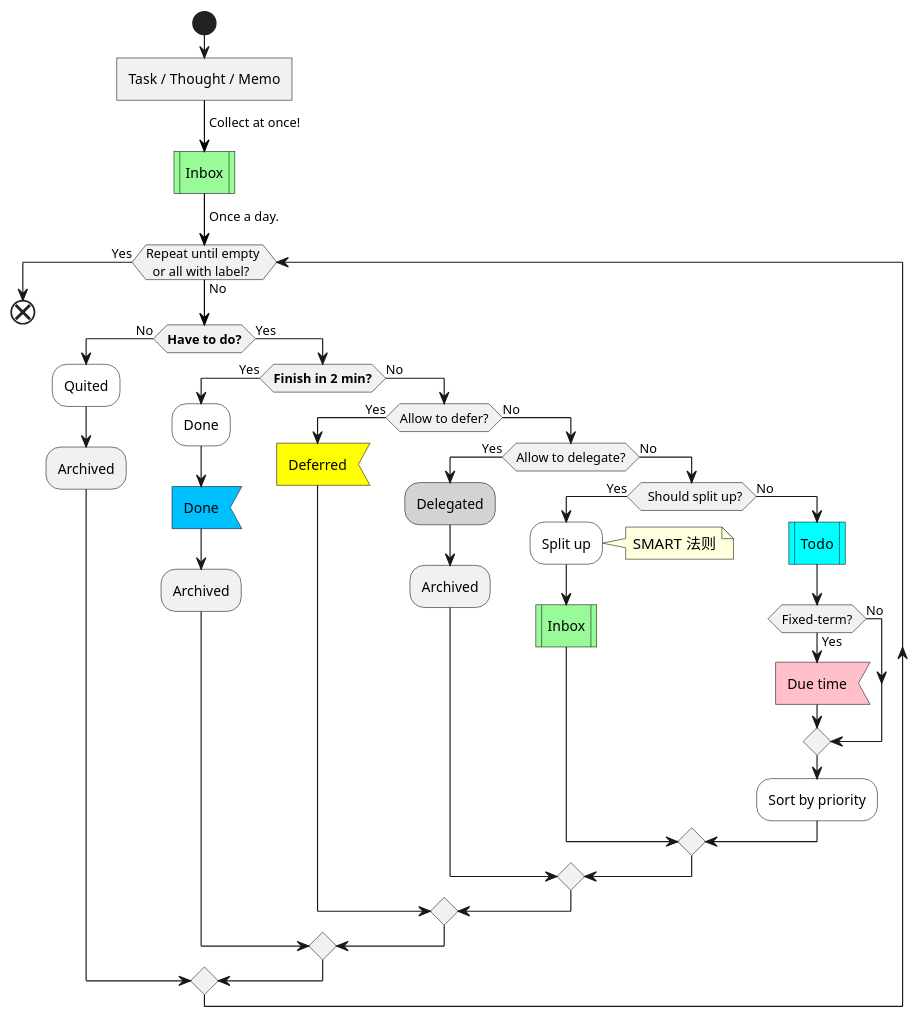
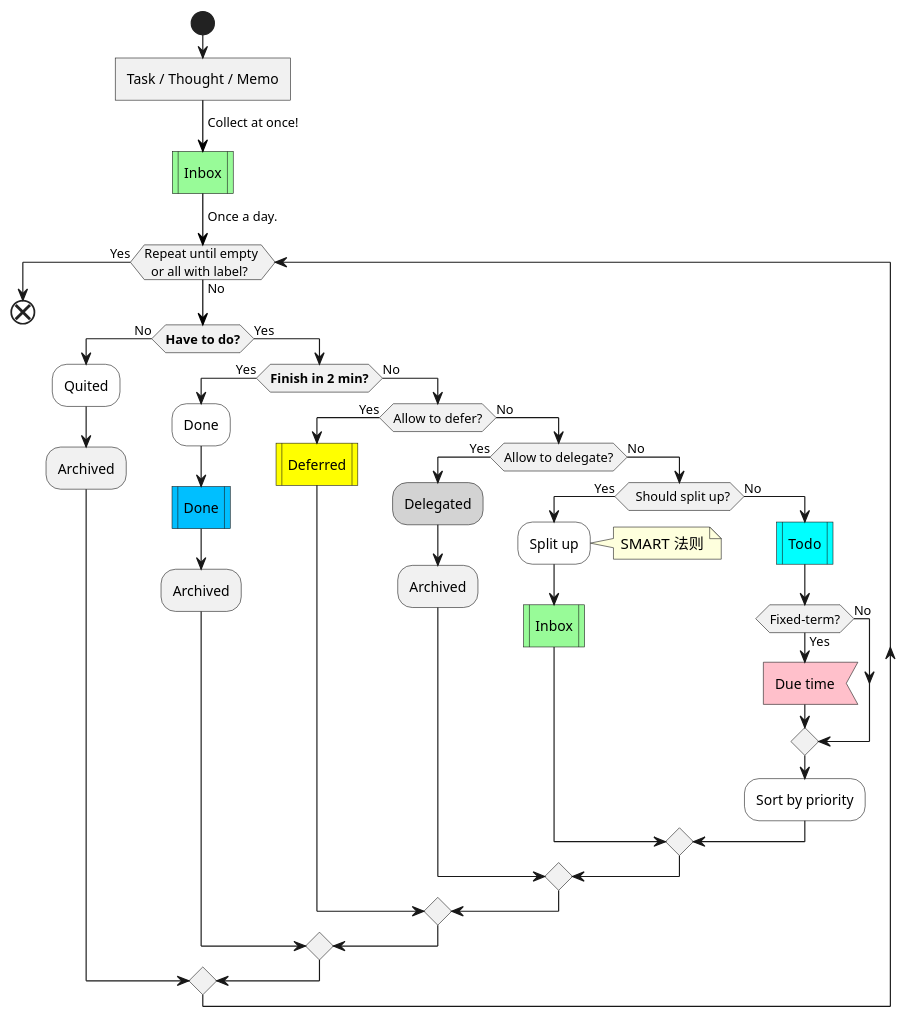
Before and after one commit to IceHe/icehe-lib: the first of 3 diagrams in snips/principles/gtd-actual.md, drawn with PlantUML.

Commit message:
2019-07-05 16:56:12 Fri

````diff
--- a/snips/principles/gtd-actual.md
+++ b/snips/principles/gtd-actual.md
@@ -7,44 +7,44 @@
 ```plantuml
 @startuml
 start
 :Task / Thought / Memo]
 -[#black]-> Collect at once!;
 #paleGreen:Inbox|
 -[#black]-> Once a day.;
 while (Repeat until empty \n  or all with label?) is (No)
     if (**Have to do?**) then (No)
         #white:Quited;
         :Archived;
     else (Yes)
         if (**Finish in 2 min?**) then (Yes)
             #white:Done;
-            #deepSkyBlue:Done<
+            #deepSkyBlue:Done|
             :Archived;
         else (No)
             if (Allow to defer?) then (Yes)
-                #yellow:Deferred<
+                #yellow:Deferred|
             else (No)
                 if (Allow to delegate?) then (Yes)
                     #lightGray:Delegated;
                     :Archived;
                 else (No)
                     if (  Should split up?) then (Yes)
                         #white:Split up;
                         note right : SMART 法则
                         #paleGreen:Inbox|
                     else (No)
                         #aqua:Todo|
                         if (Fixed-term?) then (Yes)
                             #pink:Due time<
                         else (No)
                         endif
                         #white:Sort by priority;
                     endif
                 endif
             endif
         endif
     endif
 endwhile (Yes)
 end
 @enduml
 ```
````
